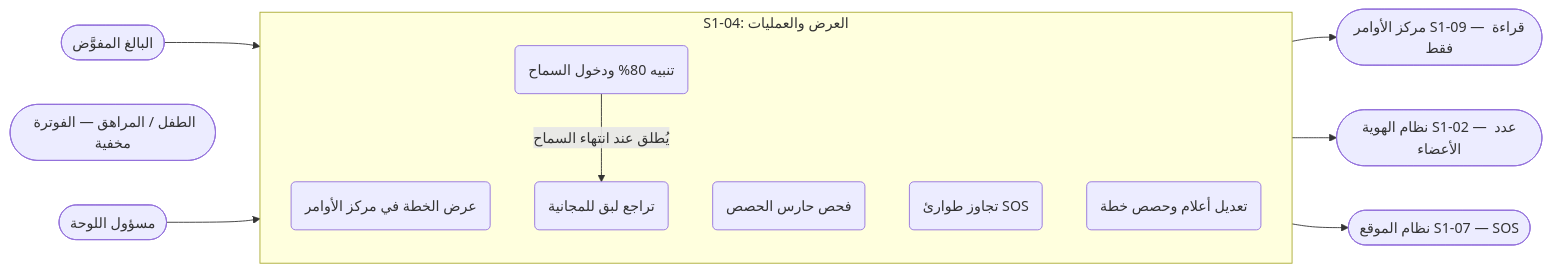
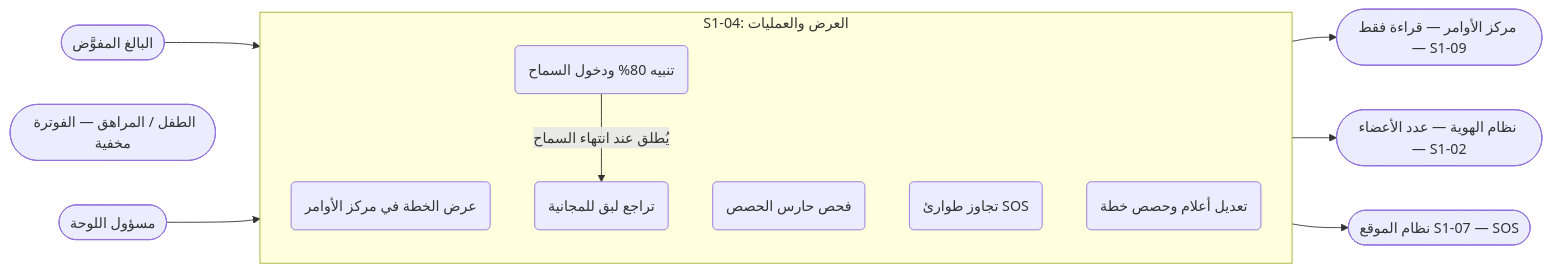
The second of 25 diagrams in docs/family-os/governance/phases/phase-1/S1-04-plans-and-subscriptions/DIAGRAMS.md (Bassam-mohammed-alqaeadi/family-os-v2), drawn with Mermaid before and after one commit. The commit also changed other lines of this file, not shown here.

````diff
--- a/docs/family-os/governance/phases/phase-1/S1-04-plans-and-subscriptions/DIAGRAMS.md
+++ b/docs/family-os/governance/phases/phase-1/S1-04-plans-and-subscriptions/DIAGRAMS.md
@@ -61,26 +61,26 @@
 ```mermaid
 flowchart LR
     Adult([البالغ المفوَّض])
     Minor([الطفل / المراهق — الفوترة مخفية])
     Admin([مسؤول اللوحة])
-    S109([مركز الأوامر S1-09 — قراءة فقط])
-    S102([نظام الهوية S1-02 — عدد الأعضاء])
+    S109([مركز الأوامر — قراءة فقط — S1-09])
+    S102([نظام الهوية — عدد الأعضاء — S1-02])
     S107([نظام الموقع S1-07 — SOS])
 
     subgraph S104B [S1-04: العرض والعمليات]
         direction TB
         UC10(عرض الخطة في مركز الأوامر)
         UC11(فحص حارس الحصص)
         UC12(تجاوز طوارئ SOS)
         UC13(تعديل أعلام وحصص خطة)
         UC15(تنبيه 80% ودخول السماح)
         UC16(تراجع لبق للمجانية)
     end
 
     Adult --> UC10
     Admin --> UC13
     UC10 --> S109
     UC11 --> S102
     UC12 --> S107
     UC15 -->|يُطلق عند انتهاء السماح| UC16
 ```
````
